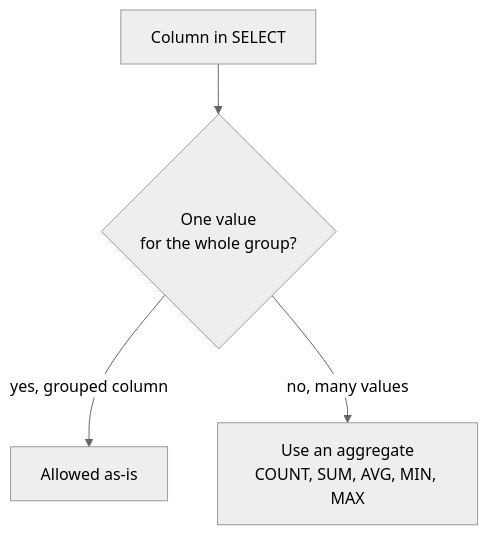
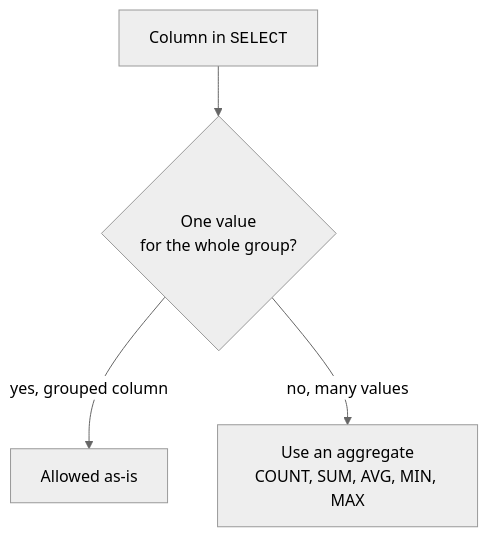
One commit to dataslope/dataslope changed the third of 5 diagrams in content/courses/sqlite-for-beginners/grouping-data.mdx. Above: the diagram before and after it, drawn with Mermaid (neutral theme). The commit also changed other lines of this file and 283 other files, not shown here.

First line of the commit message:
Diagrams as elements, not characters: fix the box model, sweep the corpus, and make syntax breakdowns a convention (#652)

````diff
--- a/content/courses/sqlite-for-beginners/grouping-data.mdx
+++ b/content/courses/sqlite-for-beginners/grouping-data.mdx
@@ -173,6 +183,6 @@
 ```mermaid
 flowchart TB
-    Col["Column in SELECT"] --> Ask{"One value<br/>for the whole group?"}
+    Col["Column in <code>SELECT</code>"] --> Ask{"One value<br/>for the whole group?"}
     Ask -->|"yes, grouped column"| Allowed["Allowed as-is"]
     Ask -->|"no, many values"| Aggregate["Use an aggregate<br/>COUNT, SUM, AVG, MIN, MAX"]
 ```
````
